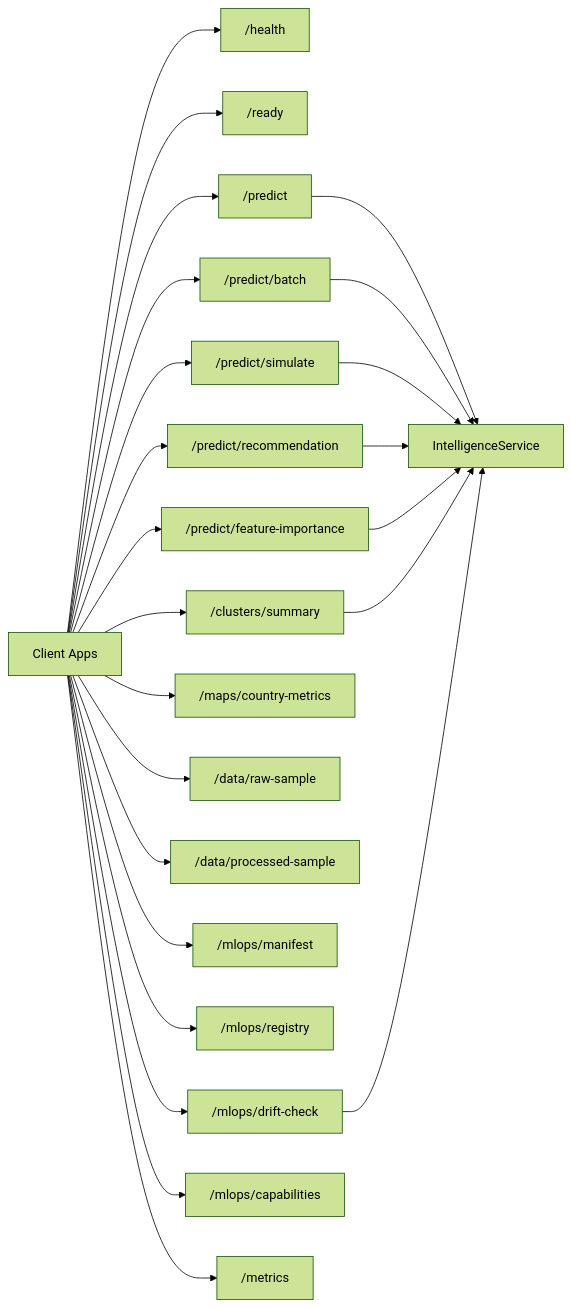
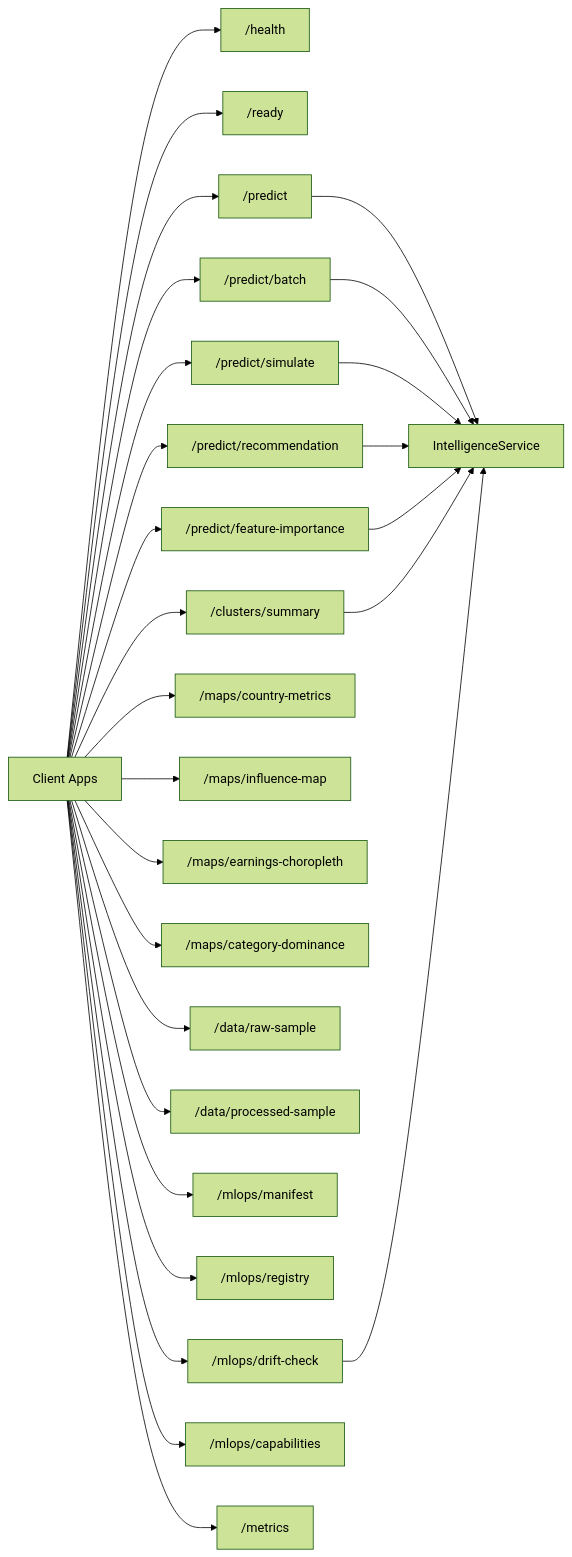
One commit to hoangsonww/YouTube-Success-Prediction-ML changed diagram 11 of 29 in ARCHITECTURE.md. Above: the diagram before and after it, drawn with Mermaid (forest theme). The commit also changed other lines of this file and 33 other files, not shown here.

Commit message:
add: implement new map embed endpoints for influence, earnings, and category dominance visualizations

````diff
--- a/ARCHITECTURE.md
+++ b/ARCHITECTURE.md
@@ -721,30 +751,33 @@
 ```mermaid
 flowchart LR
     Client[Client Apps] --> H["/health"]
     Client --> R["/ready"]
 
     Client --> P["/predict"]
     Client --> PB["/predict/batch"]
     Client --> PS["/predict/simulate"]
     Client --> PR["/predict/recommendation"]
     Client --> FI["/predict/feature-importance"]
 
     Client --> CS["/clusters/summary"]
     Client --> CM["/maps/country-metrics"]
+    Client --> MI["/maps/influence-map"]
+    Client --> ME["/maps/earnings-choropleth"]
+    Client --> MD["/maps/category-dominance"]
     Client --> RS["/data/raw-sample"]
     Client --> PSM["/data/processed-sample"]
 
     Client --> MF["/mlops/manifest"]
     Client --> MR["/mlops/registry"]
     Client --> DC["/mlops/drift-check"]
     Client --> CAP["/mlops/capabilities"]
     Client --> MT["/metrics"]
 
     P --> SVC[IntelligenceService]
     PB --> SVC
     PS --> SVC
     PR --> SVC
     FI --> SVC
     CS --> SVC
     DC --> SVC
 ```
````
